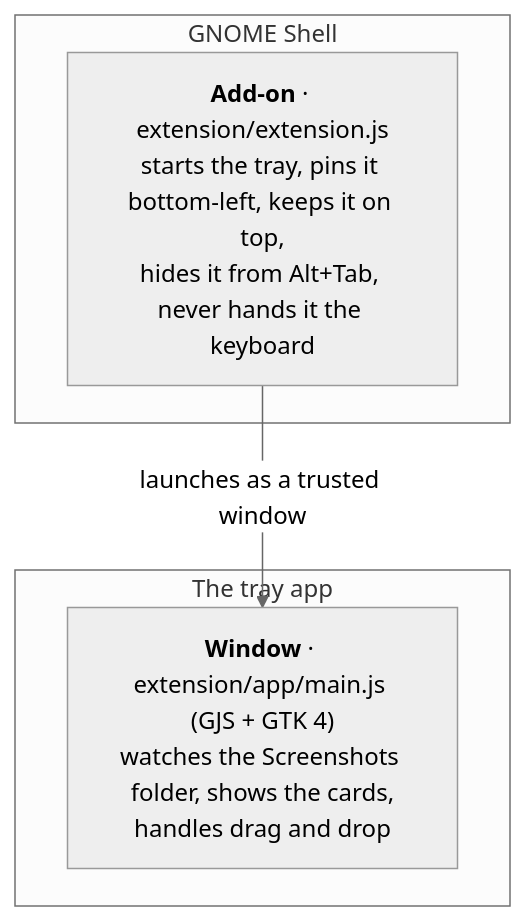
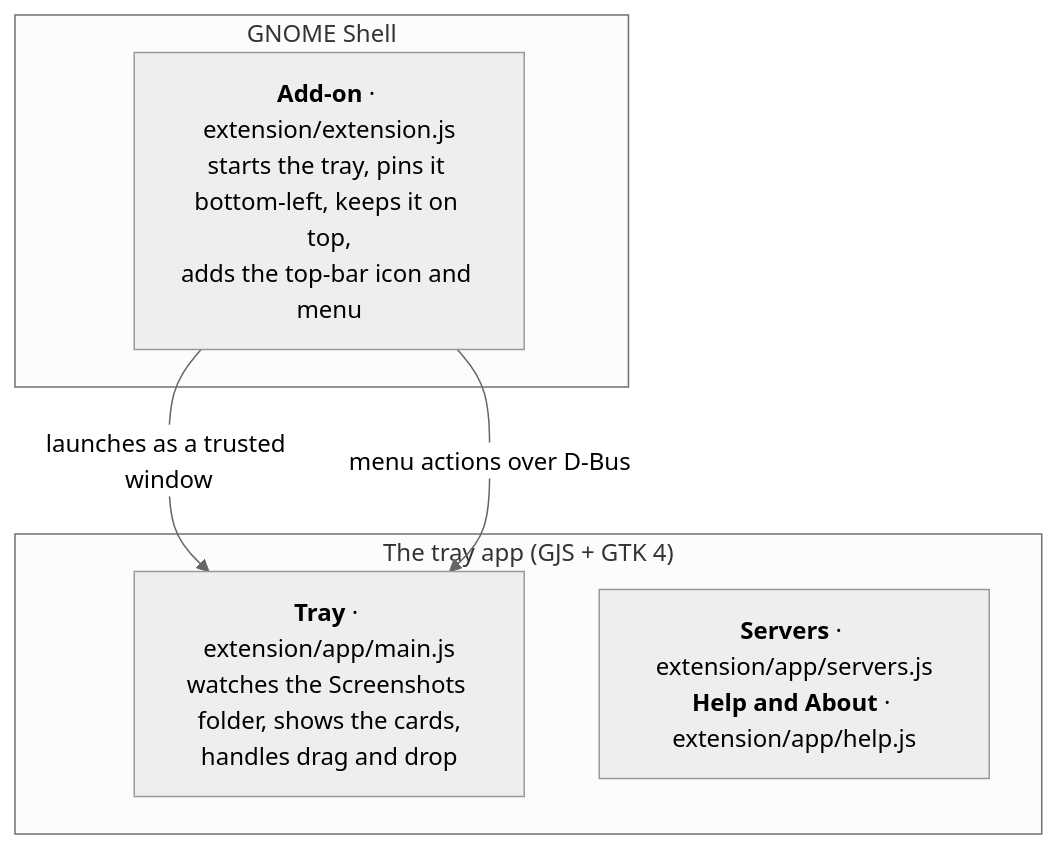
One commit to romanlucian/screenshot-tray changed the diagram in README.md. Above: the diagram before and after it, drawn with Mermaid (neutral theme). The commit also changed other lines of this file and 21 other files, not shown here.

````diff
--- a/README.md
+++ b/README.md
@@ -61,10 +164,12 @@
 ```mermaid
 flowchart TB
     subgraph shell ["GNOME Shell"]
-        X["<b>Add-on</b> · extension/extension.js<br/>starts the tray, pins it bottom-left, keeps it on top,<br/>hides it from Alt+Tab, never hands it the keyboard"]
+        X["<b>Add-on</b> · extension/extension.js<br/>starts the tray, pins it bottom-left, keeps it on top,<br/>adds the top-bar icon and menu"]
     end
-    subgraph app ["The tray app"]
-        Y["<b>Window</b> · extension/app/main.js (GJS + GTK 4)<br/>watches the Screenshots folder, shows the cards,<br/>handles drag and drop"]
+    subgraph app ["The tray app (GJS + GTK 4)"]
+        Y["<b>Tray</b> · extension/app/main.js<br/>watches the Screenshots folder, shows the cards,<br/>handles drag and drop"]
+        Z["<b>Servers</b> · extension/app/servers.js<br/><b>Help and About</b> · extension/app/help.js"]
     end
     X -- "launches as a trusted window" --> Y
+    X -- "menu actions over D-Bus" --> Y
 ```
````
